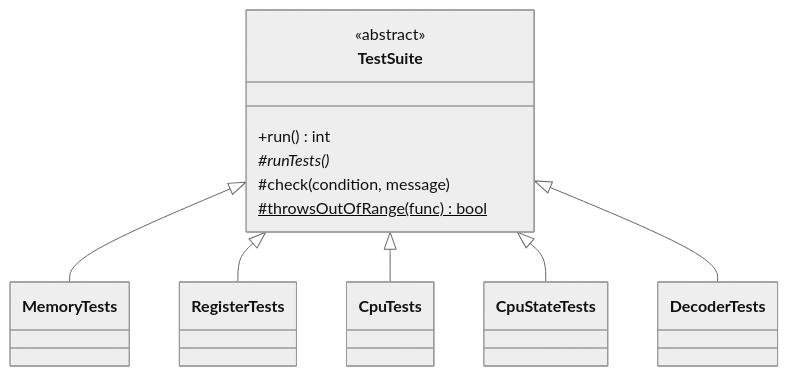
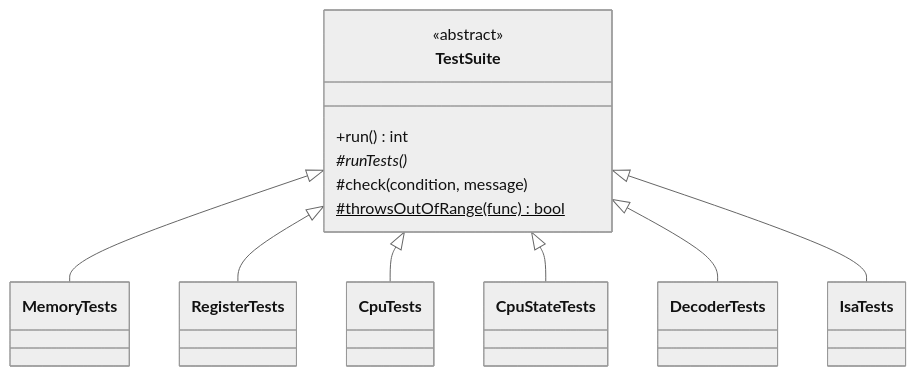
One commit to kpolet2010-hue/CoreSim changed the first of 2 diagrams in docs/TESTING.md. Above: the diagram before and after it, drawn with Mermaid (neutral theme). The commit also changed other lines of this file and 5 other files, not shown here.

````diff
--- a/docs/TESTING.md
+++ b/docs/TESTING.md
@@ -30,15 +31,16 @@
 ```mermaid
 classDiagram
     class TestSuite {
         <<abstract>>
         +run() int
         #runTests()*
         #check(condition, message)
         #throwsOutOfRange(func)$ bool
     }
     TestSuite <|-- MemoryTests
     TestSuite <|-- RegisterTests
     TestSuite <|-- CpuTests
     TestSuite <|-- CpuStateTests
     TestSuite <|-- DecoderTests
+    TestSuite <|-- IsaTests
 ```
````
